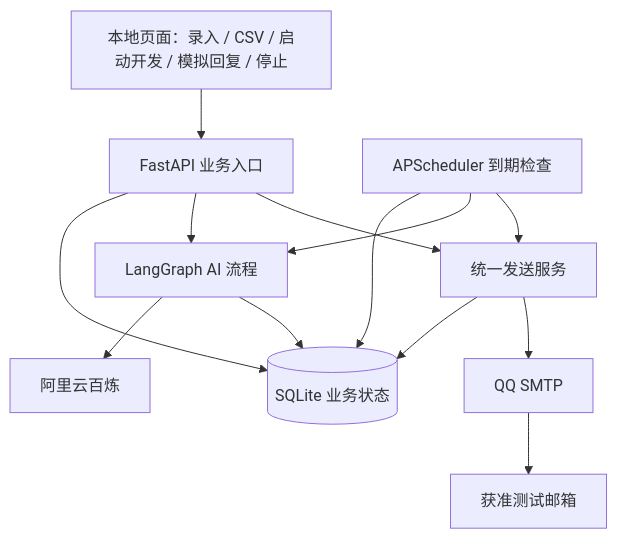
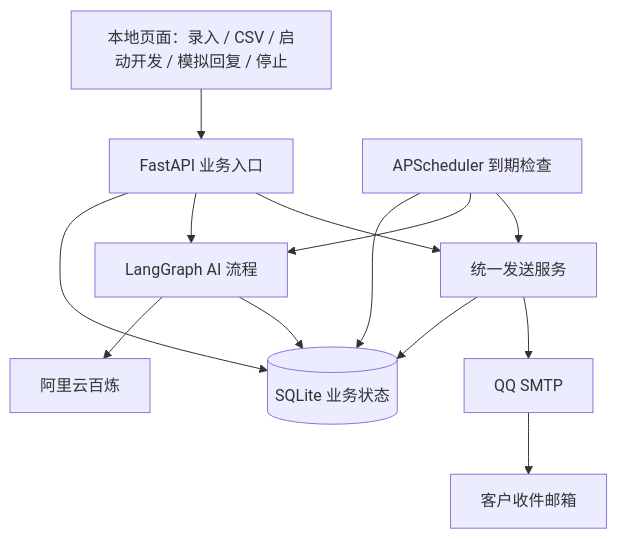
The diagram in SPEC.md (lzh-zzz/AI-Email-FollowUp), drawn with Mermaid before and after one commit. The commit also changed other lines of this file and 15 other files, not shown here.

````diff
--- a/SPEC.md
+++ b/SPEC.md
@@ -214,15 +216,15 @@
 ```mermaid
 flowchart TD
     UI[本地页面：录入 / CSV / 启动开发 / 模拟回复 / 停止] --> API[FastAPI 业务入口]
     API --> DB[(SQLite 业务状态)]
     API --> Graph[LangGraph AI 流程]
     Graph --> Model[阿里云百炼]
     Graph --> DB
     Scheduler[APScheduler 到期检查] --> DB
     Scheduler --> Graph
     API --> Sender[统一发送服务]
     Scheduler --> Sender
     Sender --> DB
     Sender --> SMTP[QQ SMTP]
-    SMTP --> Inbox[获准测试邮箱]
+    SMTP --> Inbox[客户收件邮箱]
 ```
````
